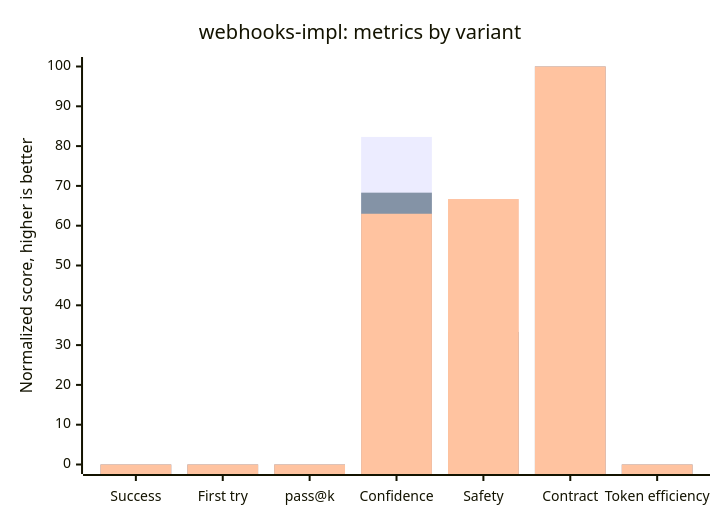
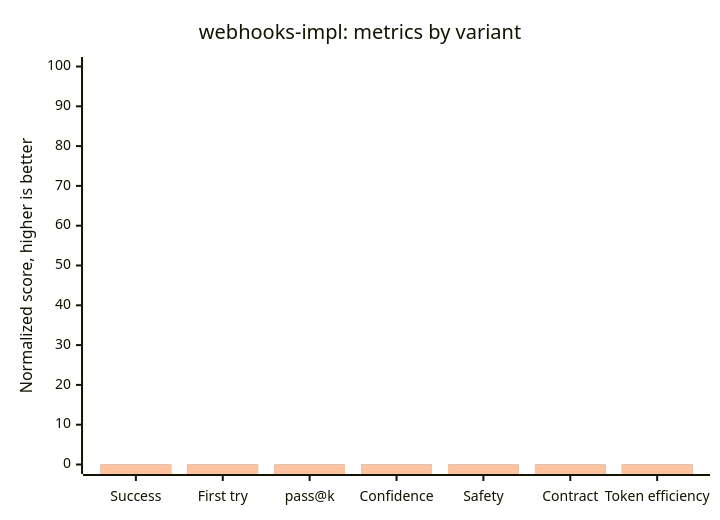
The sixth of 7 diagrams in README.md (apyanzin-xsolla/ai-kit-eval-dashboard), drawn with Mermaid before and after one commit. The commit also changed other lines of this file and 1 other file, not shown here.

Commit message:
docs: gate failed variants in skill charts

````diff
--- a/README.md
+++ b/README.md
@@ -170,9 +170,9 @@
 ```mermaid
 xychart-beta
     title "webhooks-impl: metrics by variant"
     x-axis ["Success", "First try", "pass@k", "Confidence", "Safety", "Contract", "Token efficiency"]
     y-axis "Normalized score, higher is better" 0 --> 100
-    bar [0, 0, 0, 82.3, 66.7, 100, 0]
-    bar [0, 0, 0, 68.3, 33.3, 100, 0]
-    bar [0, 0, 0, 63, 66.7, 100, 0]
+    bar [0, 0, 0, 0, 0, 0, 0]
+    bar [0, 0, 0, 0, 0, 0, 0]
+    bar [0, 0, 0, 0, 0, 0, 0]
 ```
````
